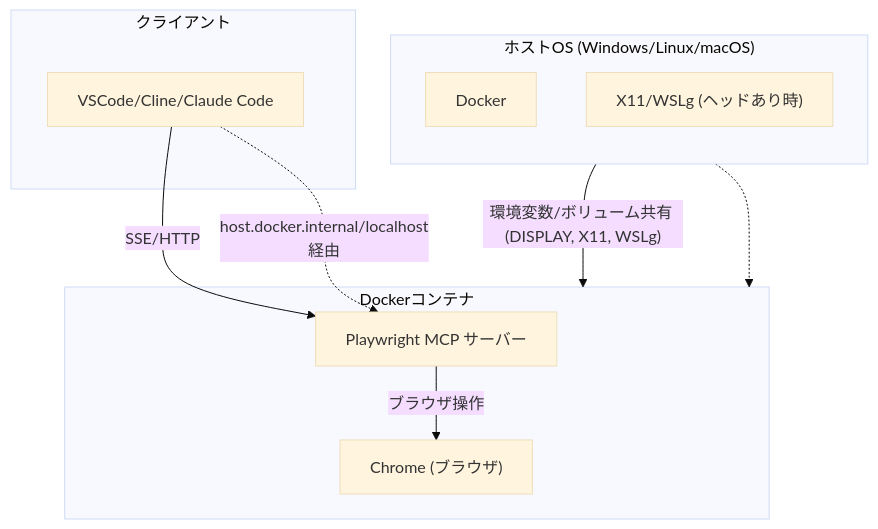
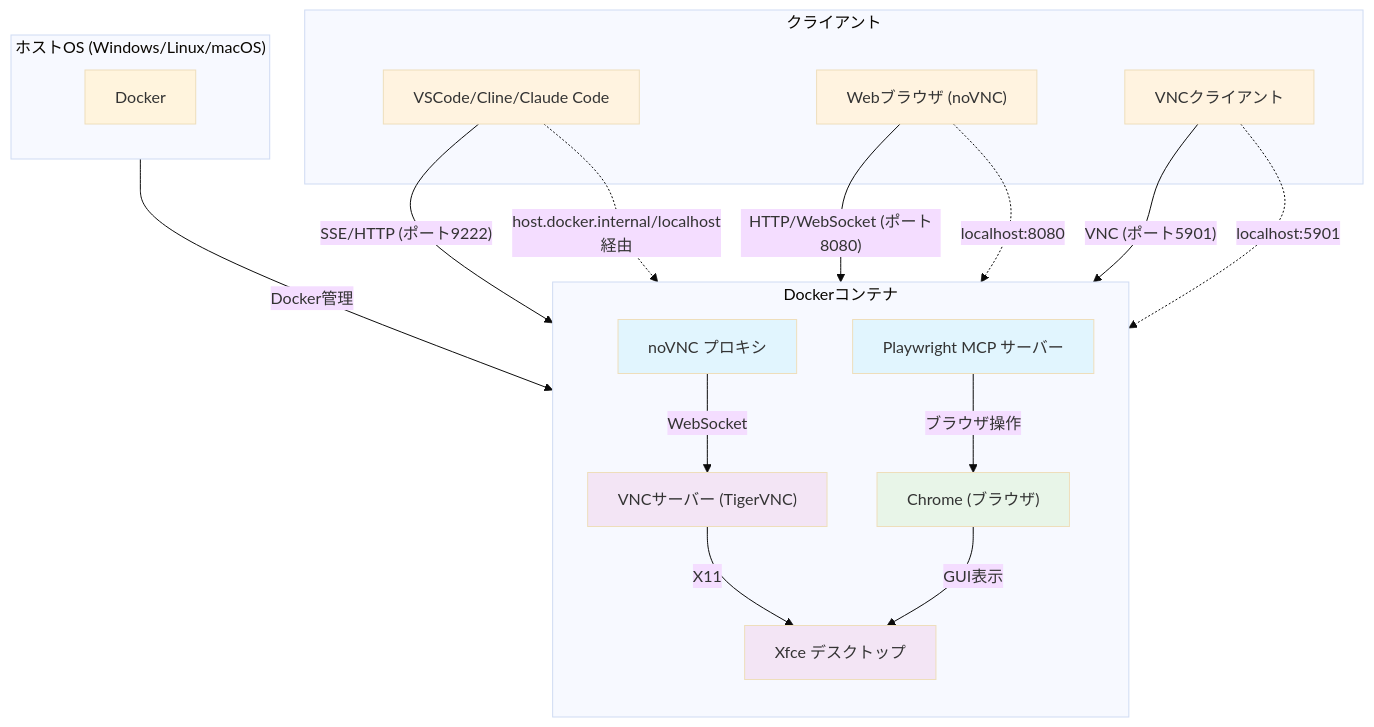
Before and after one commit to koupent/playwright-mcp-docker: the diagram in README.md, drawn with Mermaid (base theme). The commit also changed other lines of this file and 5 other files, not shown here.

````diff
--- a/README.md
+++ b/README.md
@@ -9,20 +23,53 @@
 ```mermaid
 flowchart TD
   subgraph Client["クライアント"]
     VSCode["VSCode/Cline/Claude Code"]
+    WebBrowser["Webブラウザ (noVNC)"]
+    VNCClient["VNCクライアント"]
   end
+
   subgraph Host["ホストOS (Windows/Linux/macOS)"]
+    Docker["Docker"]
+  end
+
+  subgraph Container["Dockerコンテナ"]
     direction TB
-    Docker["Docker"]
-    X11["X11/WSLg (ヘッドあり時)"]
-  end
-  subgraph Container["Dockerコンテナ"]
     MCP["Playwright MCP サーバー"]
     Chrome["Chrome (ブラウザ)"]
+    VNCServer["VNCサーバー (TigerVNC)"]
+    noVNC["noVNC プロキシ"]
+    Desktop["Xfce デスクトップ"]
   end
-  VSCode -- "SSE/HTTP" --> MCP
+
+  %% MCP接続
+  VSCode -- "SSE/HTTP (ポート9222)" --> MCP
   MCP -- "ブラウザ操作" --> Chrome
-  Host -- "環境変数/ボリューム共有 (DISPLAY, X11, WSLg)" --> Container
-  X11 -.-> Container
+
+  %% VNC接続
+  WebBrowser -- "HTTP/WebSocket (ポート8080)" --> noVNC
+  noVNC -- "WebSocket" --> VNCServer
+  VNCClient -- "VNC (ポート5901)" --> VNCServer
+
+  %% デスクトップ環境
+  VNCServer -- "X11" --> Desktop
+  Chrome -- "GUI表示" --> Desktop
+
+  %% ホスト環境
+  Host -- "Docker管理" --> Container
+
+  %% 間接接続
   VSCode -. "host.docker.internal/localhost経由" .-> MCP
+  WebBrowser -. "localhost:8080" .-> noVNC
+  VNCClient -. "localhost:5901" .-> VNCServer
+
+  %% スタイル
+  classDef mcp fill:#e1f5fe
+  classDef vnc fill:#f3e5f5
+  classDef browser fill:#e8f5e8
+  classDef client fill:#fff3e0
+
+  class MCP,noVNC mcp
+  class VNCServer,Desktop vnc
+  class Chrome browser
+  class VSCode,WebBrowser,VNCClient client
 ```
````
